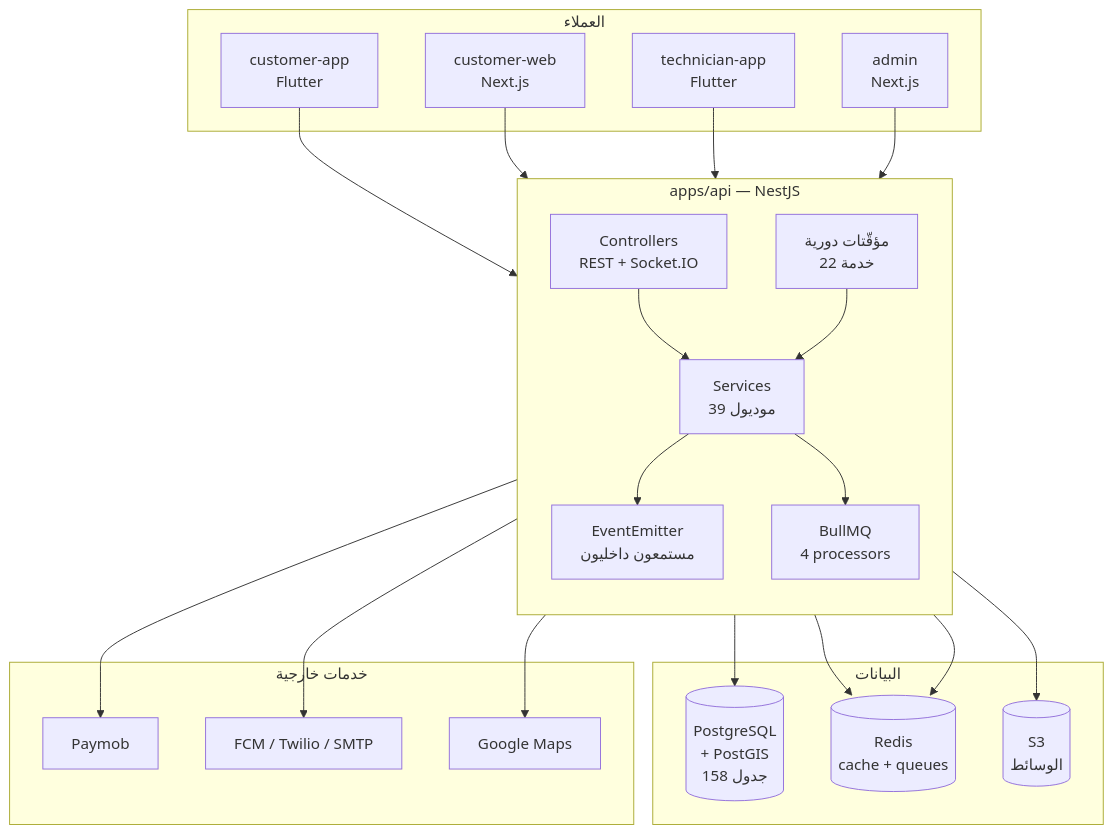
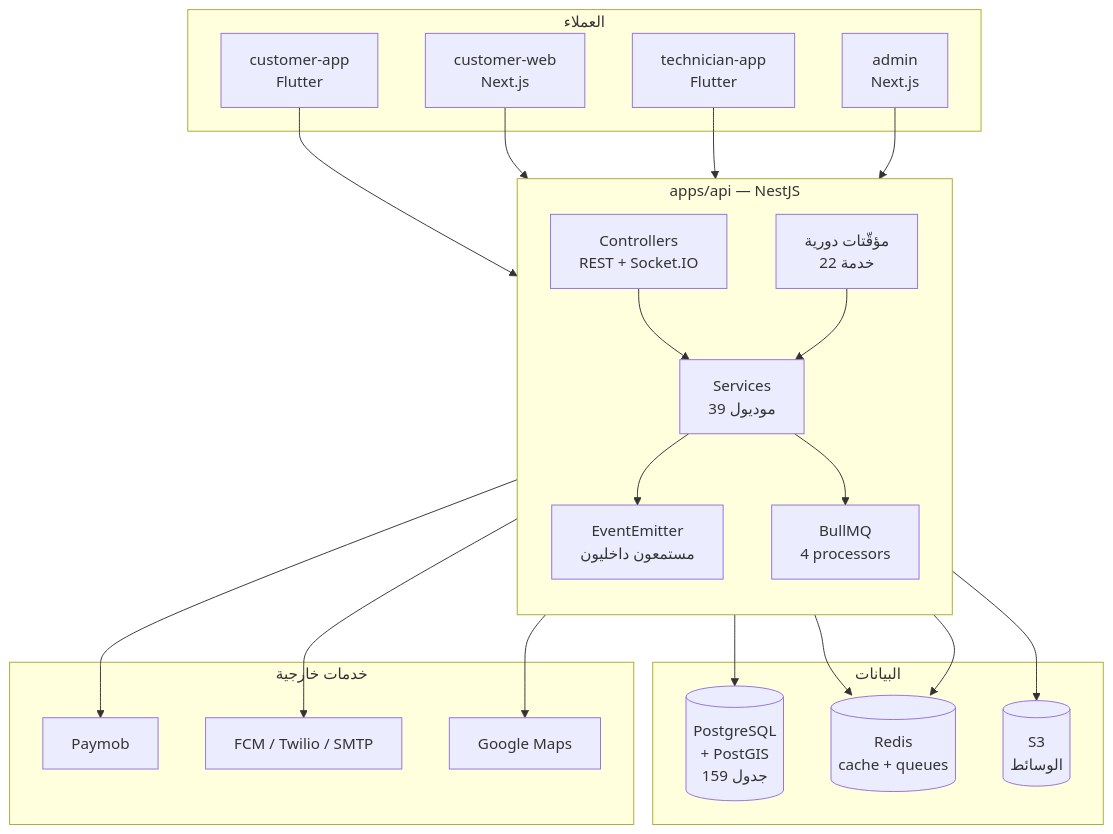
The diagram in docs/system-audit/00-SYSTEM-MAP.md (youssefelsane-hash/portalSp), drawn with Mermaid before and after one commit. The commit also changed other lines of this file and 10 other files, not shown here.

````diff
--- a/docs/system-audit/00-SYSTEM-MAP.md
+++ b/docs/system-audit/00-SYSTEM-MAP.md
@@ -38,46 +38,46 @@
 ```mermaid
 flowchart TB
   subgraph Clients["العملاء"]
     CA["customer-app<br/>Flutter"]
     CW["customer-web<br/>Next.js"]
     TA["technician-app<br/>Flutter"]
     AD["admin<br/>Next.js"]
   end
 
   subgraph API["apps/api — NestJS"]
     direction TB
     CTRL["Controllers<br/>REST + Socket.IO"]
     SVC["Services<br/>39 موديول"]
     EV["EventEmitter<br/>مستمعون داخليون"]
     Q["BullMQ<br/>4 processors"]
     T["مؤقّتات دورية<br/>22 خدمة"]
   end
 
   subgraph Data["البيانات"]
-    PG[("PostgreSQL<br/>+ PostGIS<br/>158 جدول")]
+    PG[("PostgreSQL<br/>+ PostGIS<br/>159 جدول")]
     RD[("Redis<br/>cache + queues")]
     S3[("S3<br/>الوسائط")]
   end
 
   subgraph Ext["خدمات خارجية"]
     PM["Paymob"]
     FCM["FCM / Twilio / SMTP"]
     GM["Google Maps"]
   end
 
   CA --> CTRL
   CW --> CTRL
   TA --> CTRL
   AD --> CTRL
   CTRL --> SVC
   SVC --> EV
   SVC --> Q
   T --> SVC
   Q --> RD
   SVC --> PG
   SVC --> RD
   SVC --> S3
   SVC --> PM
   SVC --> FCM
   SVC --> GM
 ```
````
